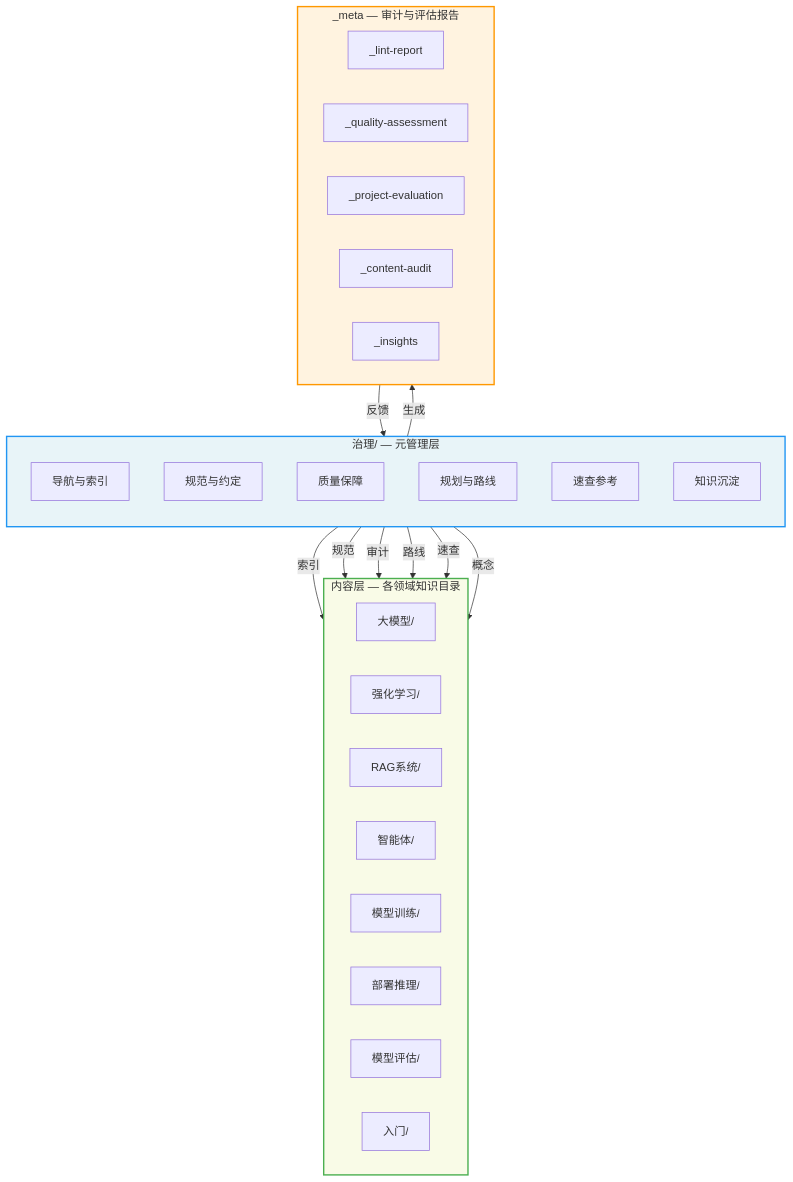
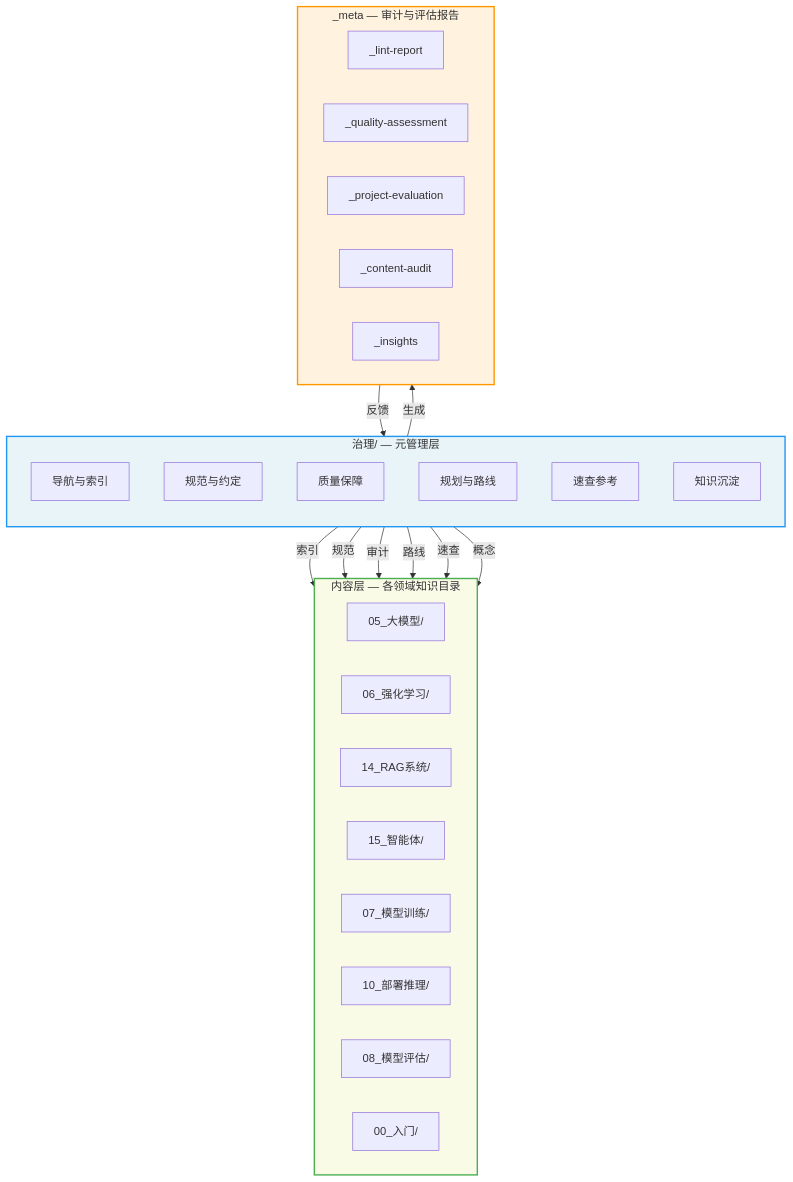
One commit to CloudManHQ/CloudMaster changed the first of 2 diagrams in 治理/README.md. Above: the diagram before and after it, drawn with Mermaid. The commit also changed other lines of this file and 2204 other files, not shown here.

````diff
--- a/治理/README.md
+++ b/治理/README.md
@@ -57,47 +57,47 @@
 ```mermaid
 flowchart TB
     subgraph Gov["治理/ — 元管理层"]
         direction TB
         NAV["导航与索引"]
         SPEC["规范与约定"]
         QA["质量保障"]
         PLAN["规划与路线"]
         REF["速查参考"]
         KS["知识沉淀"]
     end
 
     subgraph Content["内容层 — 各领域知识目录"]
         direction LR
-        LLM["大模型/"]
-        RL["强化学习/"]
-        RAG["RAG系统/"]
-        AGENT["智能体/"]
-        TRAIN["模型训练/"]
-        INFER["部署推理/"]
-        EVAL["模型评估/"]
-        BASIC["入门/"]
+        LLM["05_大模型/"]
+        RL["06_强化学习/"]
+        RAG["14_RAG系统/"]
+        AGENT["15_智能体/"]
+        TRAIN["07_模型训练/"]
+        INFER["10_部署推理/"]
+        EVAL["08_模型评估/"]
+        BASIC["00_入门/"]
     end
 
     subgraph Meta["_meta — 审计与评估报告"]
         direction LR
         LINT["_lint-report"]
         QUALITY["_quality-assessment"]
         PROJECT["_project-evaluation"]
         AUDIT["_content-audit"]
         INSIGHT["_insights"]
     end
 
     NAV -->|索引| Content
     SPEC -->|规范| Content
     QA -->|审计| Content
     PLAN -->|路线| Content
     REF -->|速查| Content
     KS -->|概念| Content
 
     QA -->|生成| Meta
     Meta -->|反馈| PLAN
 
     style Gov fill:#e8f4f8,stroke:#2196f3,stroke-width:2px
     style Content fill:#f9fbe7,stroke:#4caf50,stroke-width:2px
     style Meta fill:#fff3e0,stroke:#ff9800,stroke-width:2px
 ```
````
